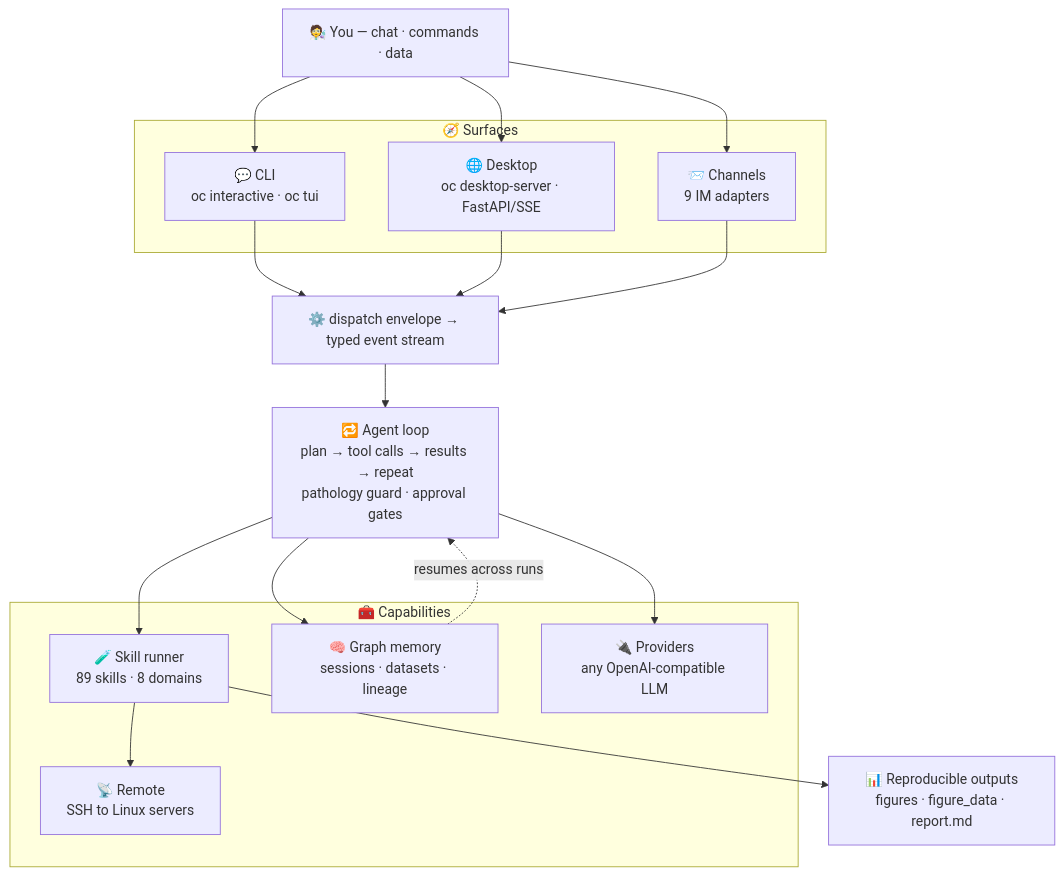
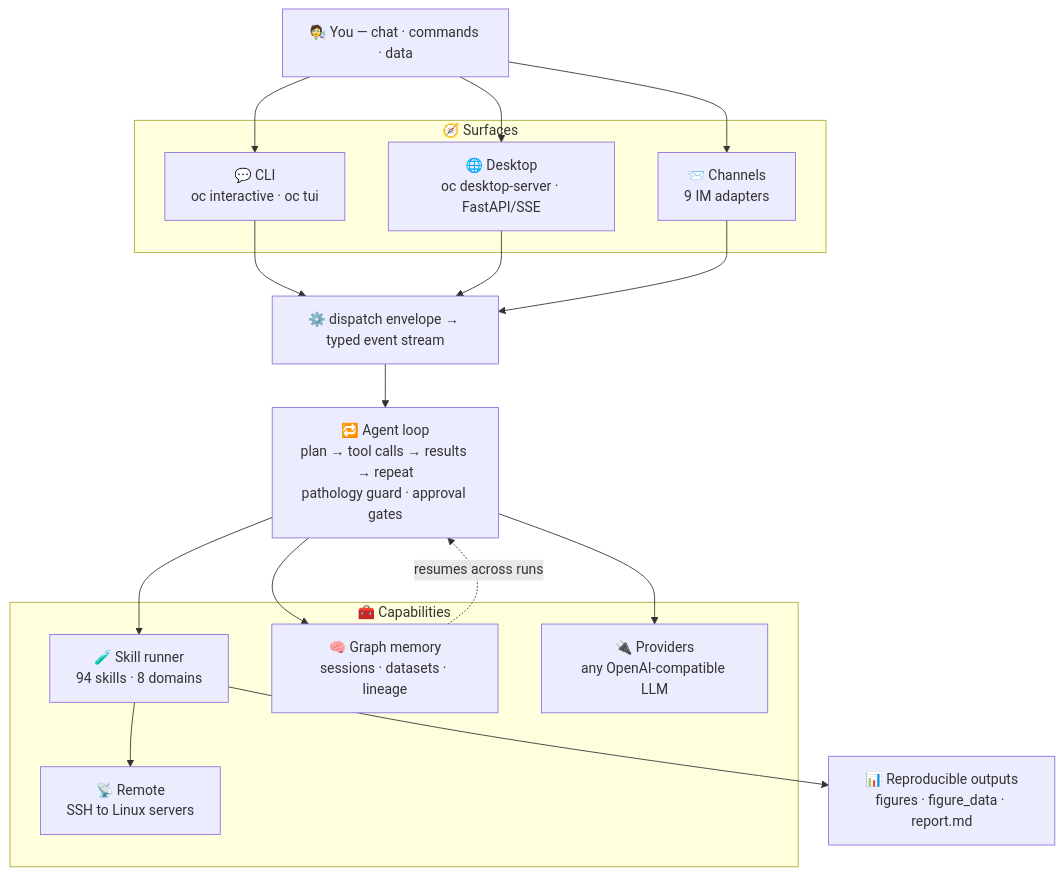
Before and after one commit to zhou-1314/OmicsClaw: the diagram in README.md, drawn with Mermaid. The commit also changed other lines of this file and 93 other files, not shown here.

````diff
--- a/README.md
+++ b/README.md
@@ -116,32 +116,32 @@
 ```mermaid
 flowchart TD
     U["🧑‍🔬 You — chat · commands · data"]
 
     subgraph Surfaces["🧭 Surfaces"]
         CLI["💬 CLI<br/>oc interactive · oc tui"]
         DESK["🌐 Desktop<br/>oc desktop-server · FastAPI/SSE"]
         CHAN["📨 Channels<br/>9 IM adapters"]
     end
 
     DISPATCH["⚙️ dispatch envelope → typed event stream"]
     LOOP["🔁 Agent loop<br/>plan → tool calls → results → repeat<br/>pathology guard · approval gates"]
 
     subgraph Capabilities["🧰 Capabilities"]
-        SKILLS["🧪 Skill runner<br/>89 skills · 8 domains"]
+        SKILLS["🧪 Skill runner<br/>94 skills · 8 domains"]
         MEMORY["🧠 Graph memory<br/>sessions · datasets · lineage"]
         PROV["🔌 Providers<br/>any OpenAI-compatible LLM"]
         REMOTE["📡 Remote<br/>SSH to Linux servers"]
     end
 
     OUT["📊 Reproducible outputs<br/>figures · figure_data · report.md"]
 
     U --> CLI & DESK & CHAN
     CLI --> DISPATCH
     DESK --> DISPATCH
     CHAN --> DISPATCH
     DISPATCH --> LOOP
     LOOP --> SKILLS & MEMORY & PROV
     SKILLS --> REMOTE
     SKILLS --> OUT
     MEMORY -. resumes across runs .-> LOOP
 ```
````
